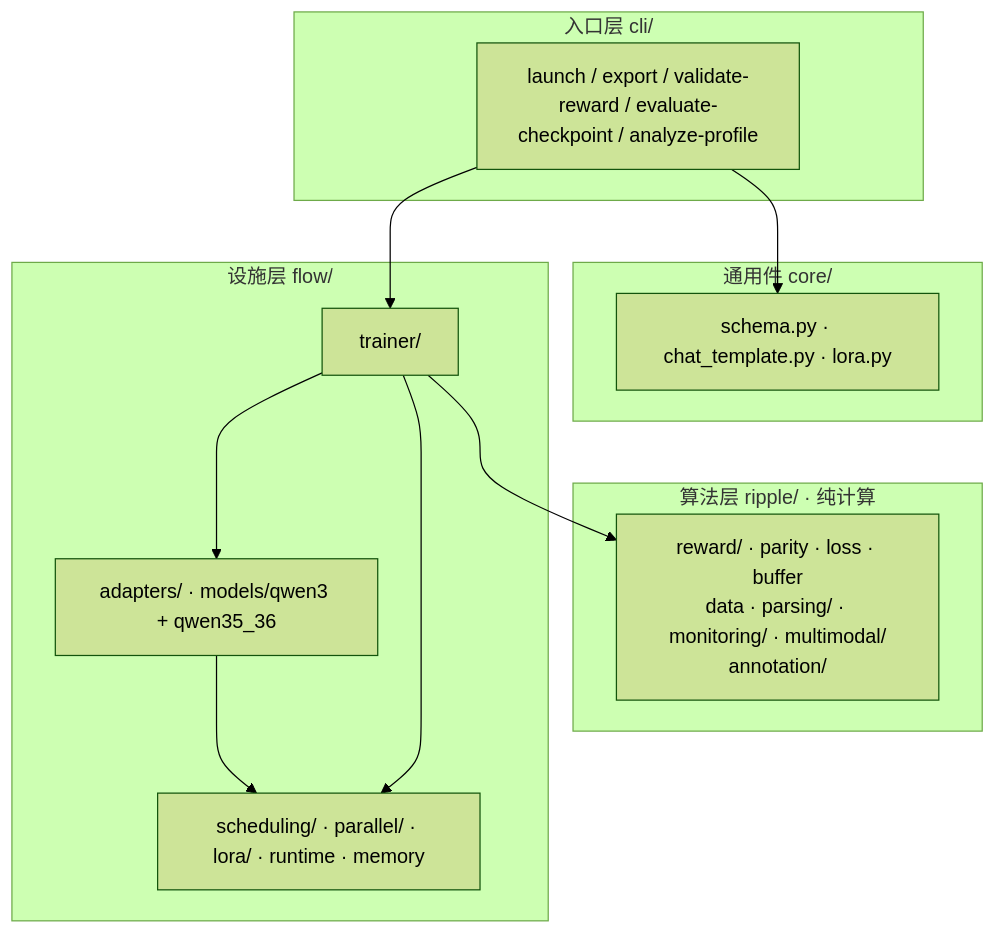
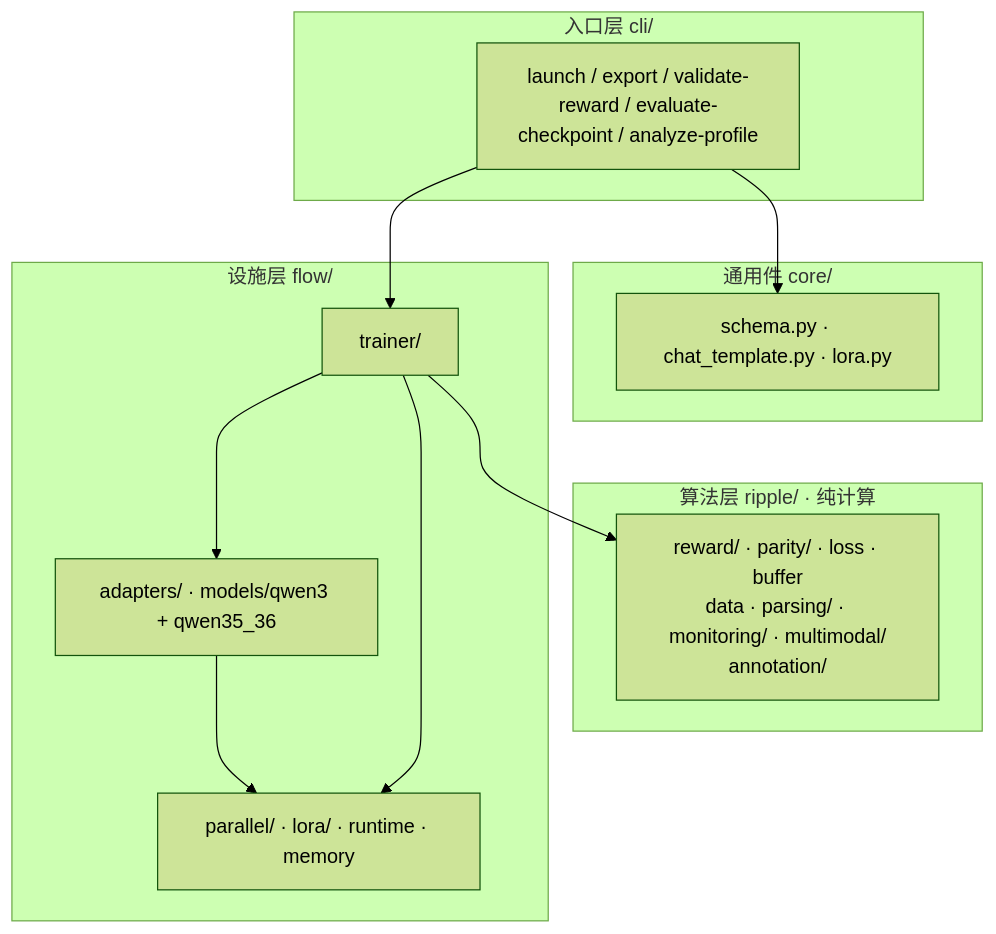
One commit to godthrone/graspo changed the second of 4 diagrams in docs/architecture.md. Above: the diagram before and after it, drawn with Mermaid (forest theme). The commit also changed other lines of this file and 12 other files, not shown here.

````diff
--- a/docs/architecture.md
+++ b/docs/architecture.md
@@ -20,23 +44,23 @@
 ```mermaid
 flowchart TB
     subgraph L0["入口层 cli/"]
         CLI["launch / export / validate-reward / evaluate-checkpoint / analyze-profile"]
     end
     subgraph L1["算法层 ripple/ · 纯计算"]
-        R["reward/ · parity · loss · buffer<br/>data · parsing/ · monitoring/ · multimodal/<br/>annotation/"]
+        R["reward/ · parity/ · loss · buffer<br/>data · parsing/ · monitoring/ · multimodal/<br/>annotation/"]
     end
     subgraph L2["通用件 core/"]
         C["schema.py · chat_template.py · lora.py"]
     end
     subgraph L3["设施层 flow/"]
         T["trainer/"]
         A["adapters/ · models/qwen3 + qwen35_36"]
-        S["scheduling/ · parallel/ · lora/ · runtime · memory"]
+        P["parallel/ · lora/ · runtime · memory"]
     end
     CLI --> C
     CLI --> T
     T --> R
     T --> A
-    A --> S
-    T --> S
+    A --> P
+    T --> P
 ```
````
